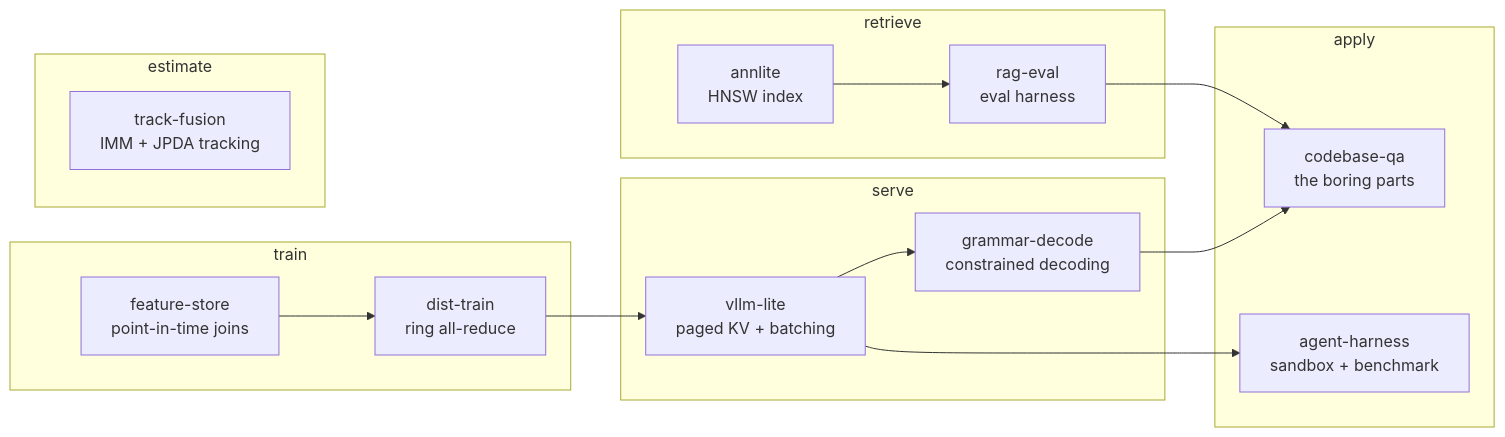
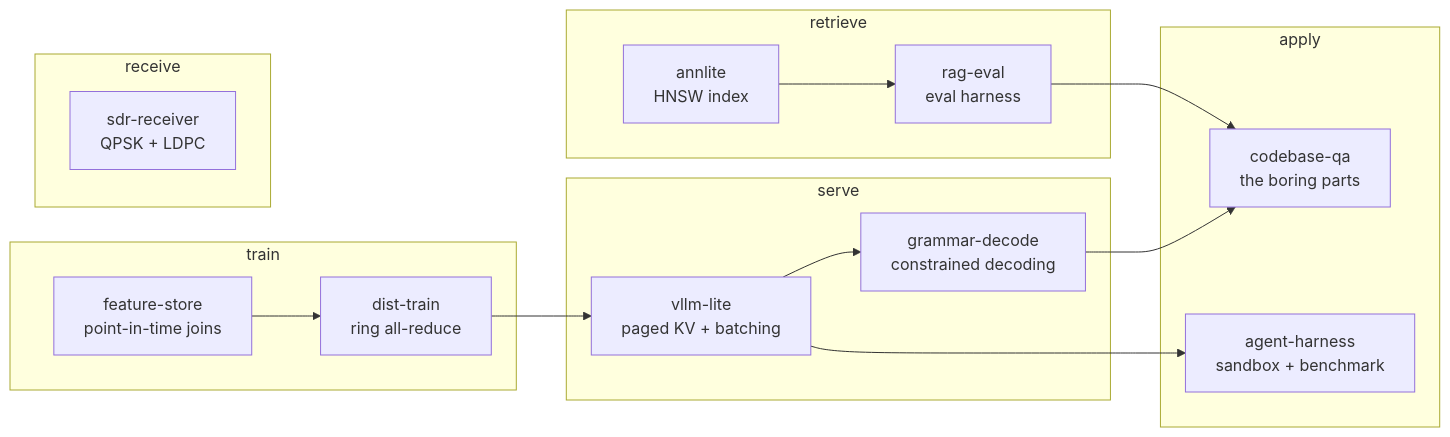
Before and after one commit to asp53826/asp53826: the diagram in README.md, drawn with Mermaid. The commit also changed other lines of this file, not shown here.

Commit message:
Replace in-progress tracker with live SDR receiver

````diff
--- a/README.md
+++ b/README.md
@@ -43,27 +43,27 @@
 ```mermaid
 flowchart LR
   subgraph TRAIN [train]
     B[feature-store<br/>point-in-time joins]
     A[dist-train<br/>ring all-reduce]
   end
   subgraph SERVE [serve]
     C[vllm-lite<br/>paged KV + batching]
     D[grammar-decode<br/>constrained decoding]
   end
   subgraph RETRIEVE [retrieve]
     E[annlite<br/>HNSW index]
     F[rag-eval<br/>eval harness]
   end
   subgraph APPLY [apply]
     G[agent-harness<br/>sandbox + benchmark]
     H[codebase-qa<br/>the boring parts]
   end
-  subgraph SENSE [estimate]
-    I[track-fusion<br/>IMM + JPDA tracking]
+  subgraph SIGNAL [receive]
+    I[sdr-receiver<br/>QPSK + LDPC]
   end
 
   B --> A --> C --> D
   E --> F --> H
   C --> G
   D --> H
 ```
````
